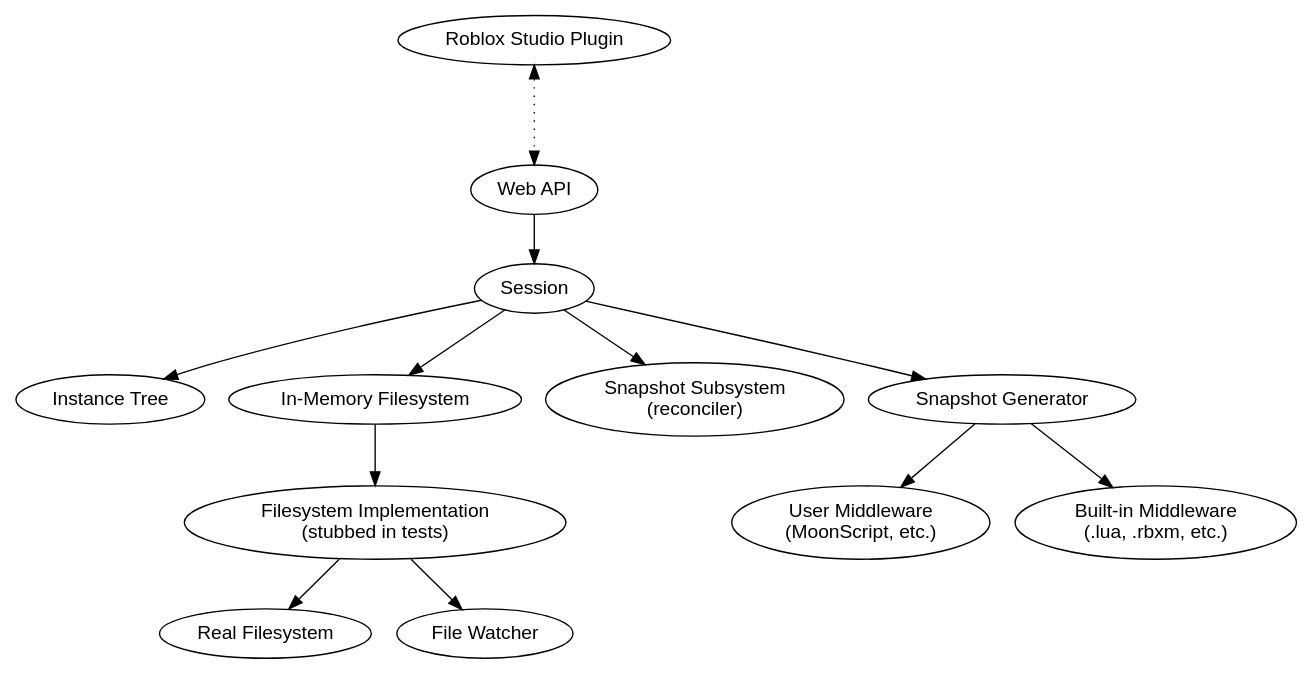
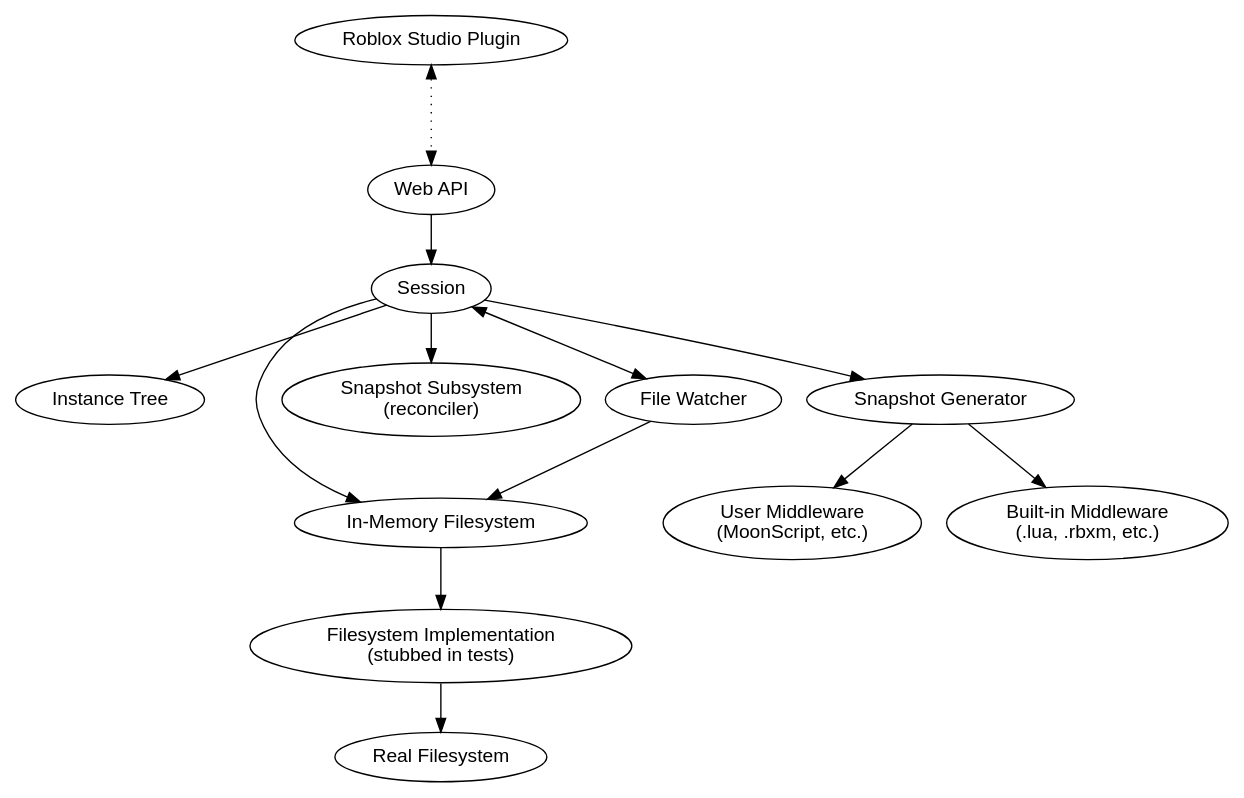
Before and after one commit to rojo-rbx/rojo: the diagram in design.gv, drawn with Graphviz.

Commit message:
Tidy design.gv a touch

```diff
--- a/design.gv
+++ b/design.gv
@@ -1,29 +1,30 @@
 digraph Rojo {
 	concentrate = true;
 	node [fontname = "sans-serif"];
 
 	plugin [label="Roblox Studio Plugin"]
 	session [label="Session"]
 	rbx_tree [label="Instance Tree"]
 	imfs [label="In-Memory Filesystem"]
 	fs_impl [label="Filesystem Implementation\n(stubbed in tests)"]
 	fs [label="Real Filesystem"]
 	snapshot_subsystem [label="Snapshot Subsystem\n(reconciler)"]
 	snapshot_generator [label="Snapshot Generator"]
 	user_middleware [label="User Middleware\n(MoonScript, etc.)"]
 	builtin_middleware [label="Built-in Middleware\n(.lua, .rbxm, etc.)"]
 	api [label="Web API"]
 	file_watcher [label="File Watcher"]
 
 	session -> imfs
 	session -> rbx_tree
 	session -> snapshot_subsystem
 	session -> snapshot_generator
+	session -> file_watcher [dir="both"]
+	file_watcher -> imfs
 	snapshot_generator -> user_middleware
 	snapshot_generator -> builtin_middleware
 	plugin -> api [style="dotted"; dir="both"; minlen=2]
 	api -> session
 	imfs -> fs_impl
 	fs_impl -> fs
-	fs_impl -> file_watcher
 }
```
